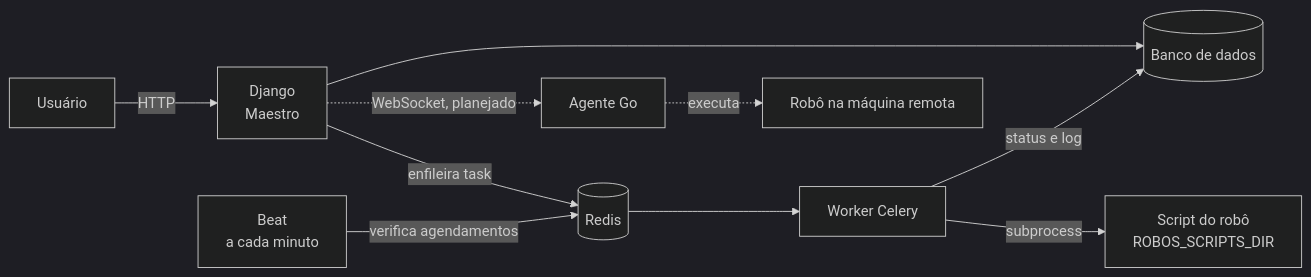
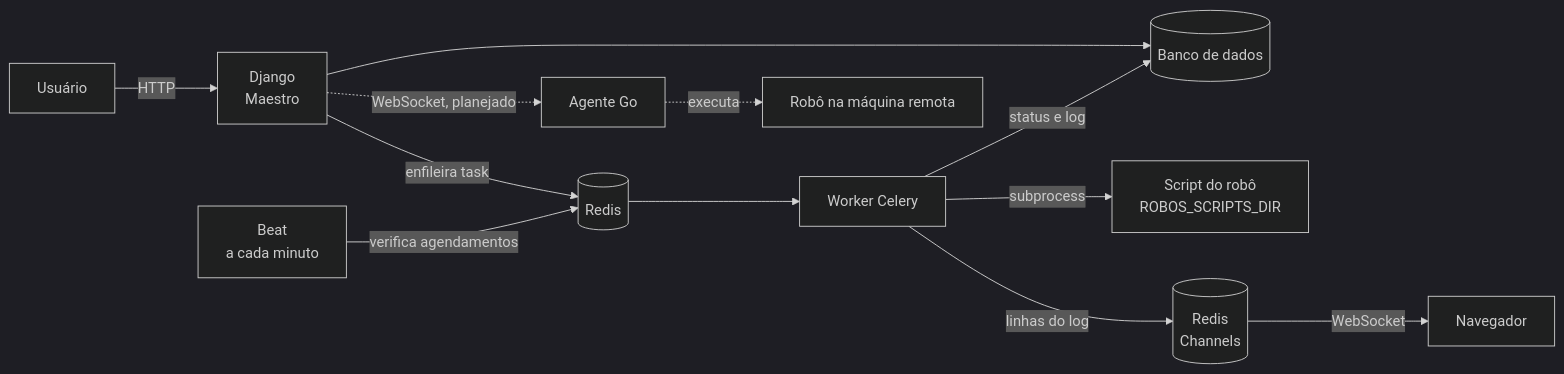
Before and after one commit to Zavan7/maestro-zavan: the diagram in README.md, drawn with Mermaid (dark theme). The commit also changed other lines of this file and 22 other files, not shown here.

First line of the commit message:
Log ao vivo na tela de detalhe com Django Channels

````diff
--- a/README.md
+++ b/README.md
@@ -65,12 +65,14 @@
 ```mermaid
 flowchart LR
     U[Usuário] -->|HTTP| D[Django<br/>Maestro]
     D --> DB[(Banco de dados)]
     D -->|enfileira task| R[(Redis)]
     B[Beat<br/>a cada minuto] -->|verifica agendamentos| R
     R --> W[Worker Celery]
     W -->|subprocess| S[Script do robô<br/>ROBOS_SCRIPTS_DIR]
     W -->|status e log| DB
+    W -->|linhas do log| C[(Redis<br/>Channels)]
+    C -->|WebSocket| N[Navegador]
     D -. WebSocket, planejado .-> A[Agente Go]
     A -. executa .-> S2[Robô na máquina remota]
 ```
````
